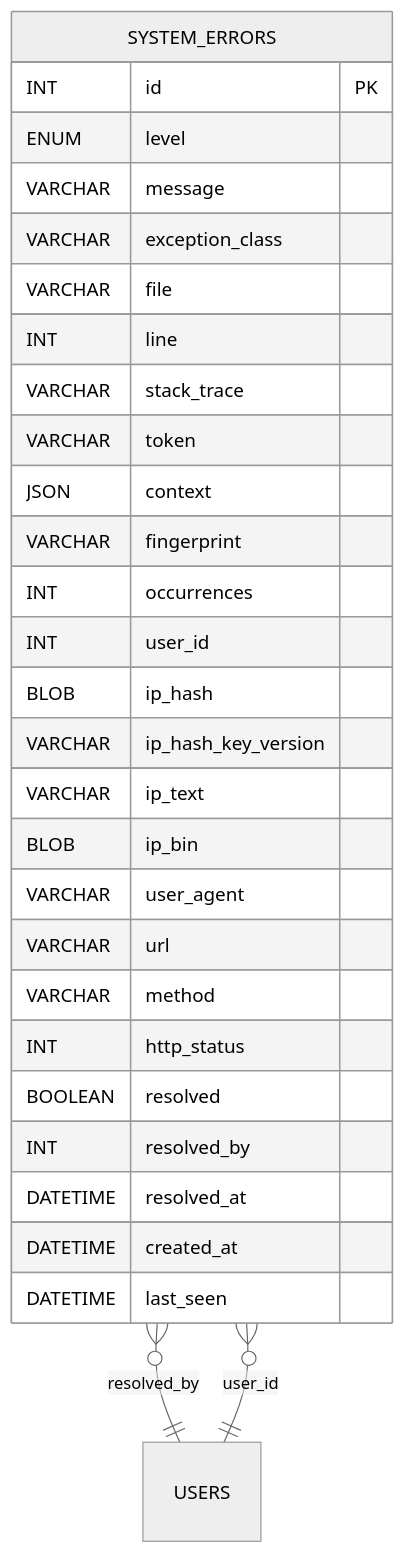
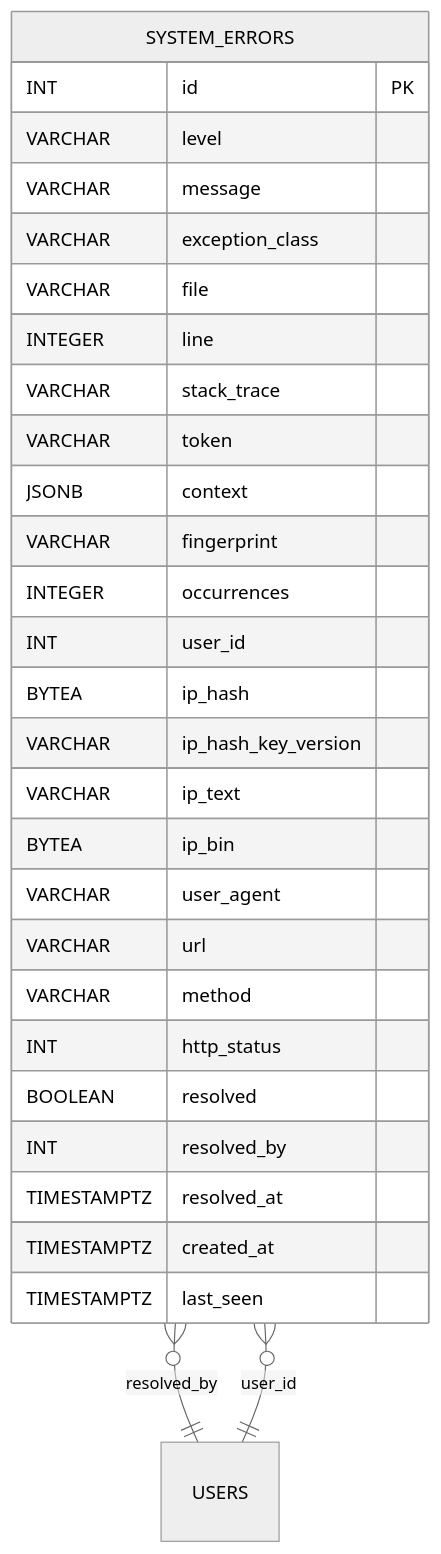
Before and after one commit to blackcatdatabase/table-system-errors: the diagram in README.md, drawn with Mermaid (neutral theme). The commit also changed other lines of this file and 26 other files, not shown here.

First line of the commit message:
Regen schema (#1)

````diff
--- a/README.md
+++ b/README.md
@@ -75,32 +75,32 @@
 ```mermaid
 erDiagram
   SYSTEM_ERRORS {
     INT id PK
-    ENUM level
+    VARCHAR level
     VARCHAR message
     VARCHAR exception_class
     VARCHAR file
-    INT line
+    INTEGER line
     VARCHAR stack_trace
     VARCHAR token
-    JSON context
+    JSONB context
     VARCHAR fingerprint
-    INT occurrences
+    INTEGER occurrences
     INT user_id
-    BLOB ip_hash
+    BYTEA ip_hash
     VARCHAR ip_hash_key_version
     VARCHAR ip_text
-    BLOB ip_bin
+    BYTEA ip_bin
     VARCHAR user_agent
     VARCHAR url
     VARCHAR method
     INT http_status
     BOOLEAN resolved
     INT resolved_by
-    DATETIME resolved_at
-    DATETIME created_at
-    DATETIME last_seen
+    TIMESTAMPTZ resolved_at
+    TIMESTAMPTZ created_at
+    TIMESTAMPTZ last_seen
   }
   SYSTEM_ERRORS }o--|| USERS : "resolved_by"
   SYSTEM_ERRORS }o--|| USERS : "user_id"
 ```
````
